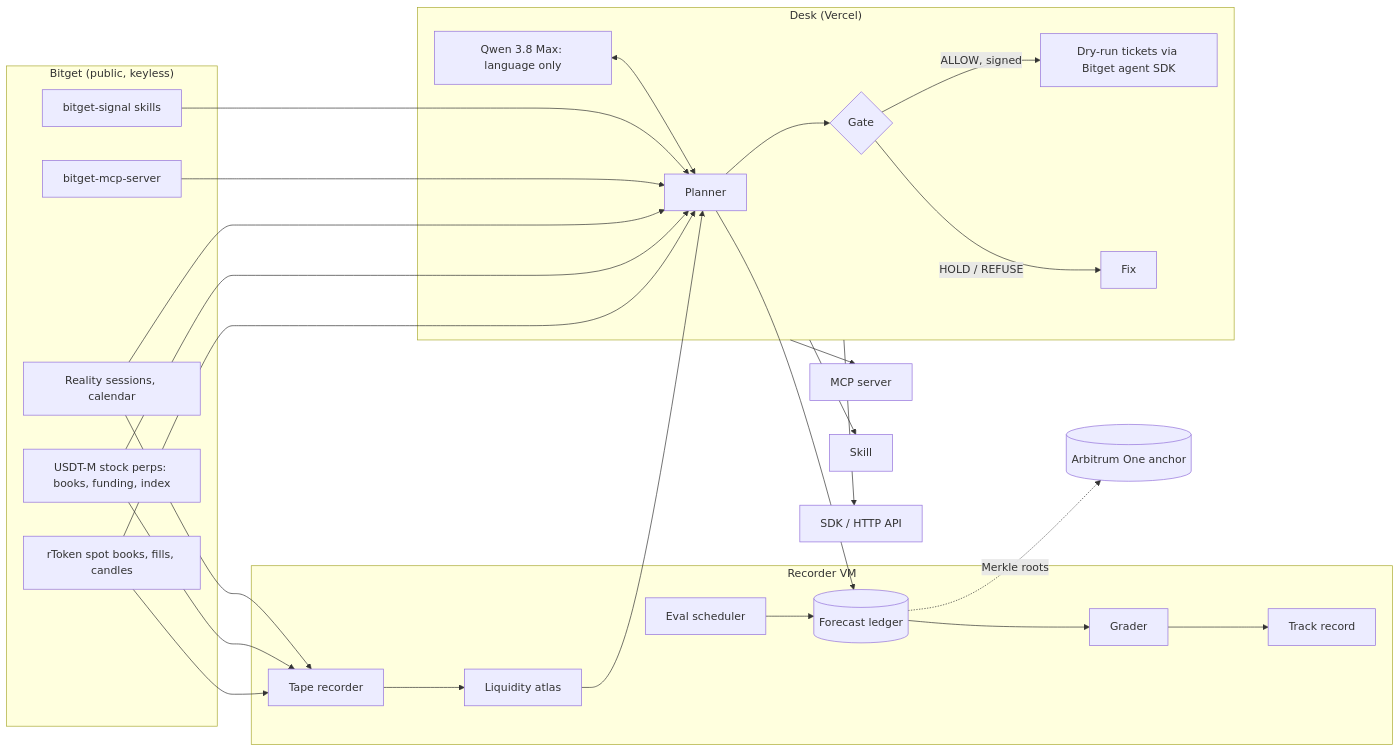
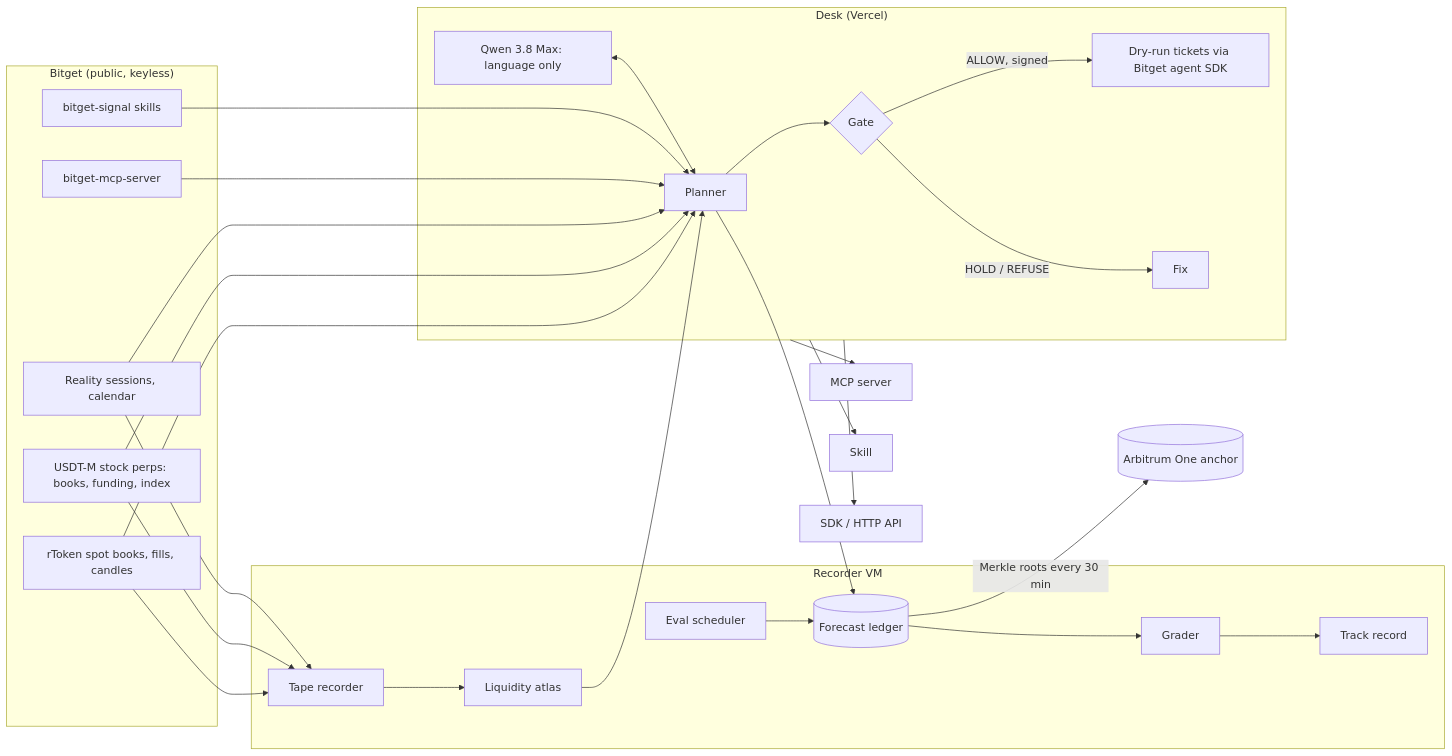
The diagram in README.md (RaYYeR220/slipway), drawn with Mermaid before and after one commit. The commit also changed other lines of this file and 3 other files, not shown here.

Commit message:
Deploy ForecastAnchor on Arbitrum One and document the anchor

````diff
--- a/README.md
+++ b/README.md
@@ -42,28 +43,28 @@
 ```mermaid
 flowchart LR
   subgraph Bitget["Bitget (public, keyless)"]
     S[rToken spot books, fills, candles]
     P[USDT-M stock perps: books, funding, index]
     R[Reality sessions, calendar]
     M[bitget-mcp-server]
     G[bitget-signal skills]
   end
   subgraph VM["Recorder VM"]
     T[Tape recorder] --> A[Liquidity atlas]
     E[Eval scheduler] --> L[(Forecast ledger)]
     GR[Grader] --> TR[Track record]
   end
   S & P & R --> T
   S & P & R & M & G --> D
   A --> D
   subgraph Desk["Desk (Vercel)"]
     D[Planner] --> GA{Gate}
     GA -- ALLOW, signed --> TK[Dry-run tickets via Bitget agent SDK]
     GA -- HOLD / REFUSE --> FX[Fix]
     LLM[Qwen 3.8 Max: language only] <--> D
   end
   D --> L
   L --> GR
-  L -. Merkle roots .-> ARB[(Arbitrum One anchor)]
+  L -- Merkle roots every 30 min --> ARB[(Arbitrum One anchor)]
   Desk --> MCP[MCP server] & SKILL[Skill] & SDK[SDK / HTTP API]
 ```
````
